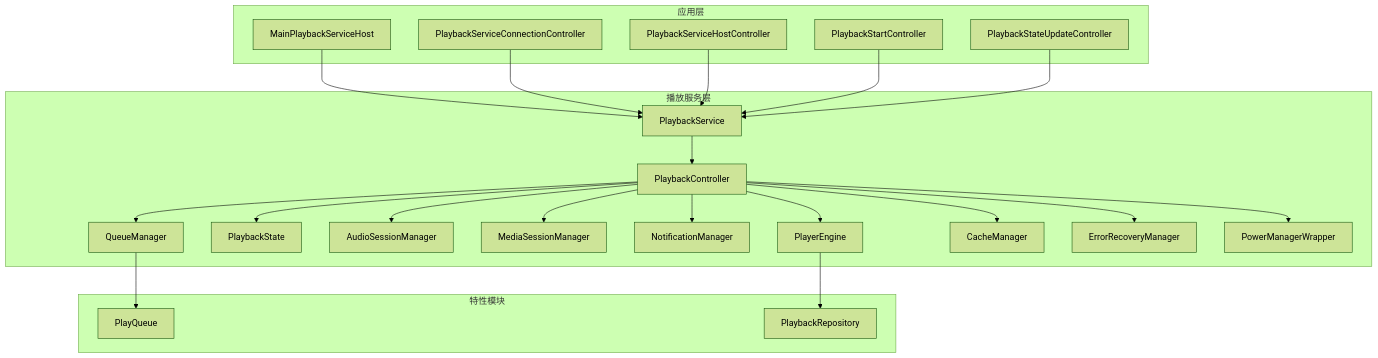
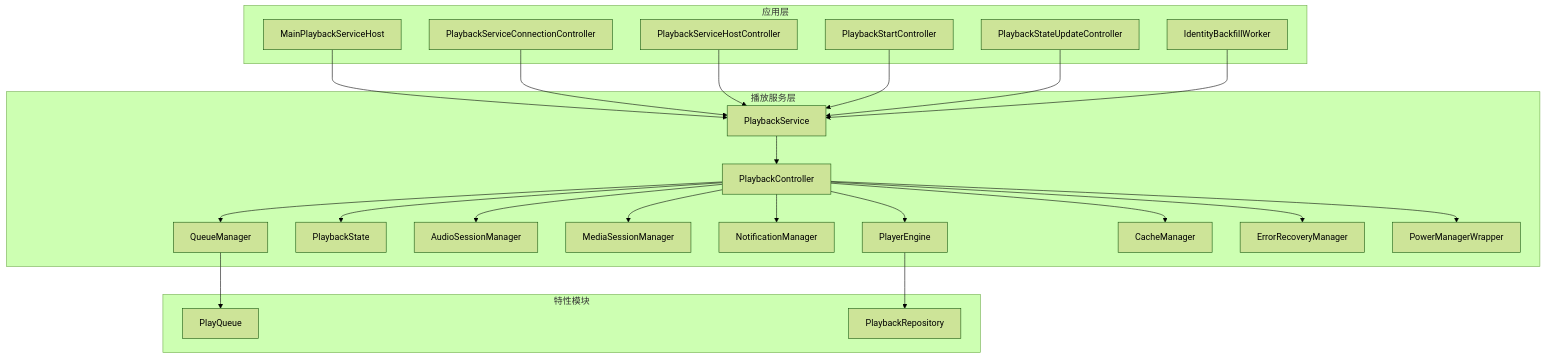
Before and after one commit to ysyhlly/Yukine-android: the first of 7 diagrams in .qoder/repowiki/zh/content/播放系统/播放系统.md, drawn with Mermaid (forest theme). The commit also changed other lines of this file and 158 other files, not shown here.

````diff
--- a/.qoder/repowiki/zh/content/播放系统/播放系统.md
+++ b/.qoder/repowiki/zh/content/播放系统/播放系统.md
@@ -46,44 +57,46 @@
 ```mermaid
 graph TB
 subgraph "应用层"
 MainHost["MainPlaybackServiceHost"]
 ConnCtrl["PlaybackServiceConnectionController"]
 HostCtrl["PlaybackServiceHostController"]
 StartCtrl["PlaybackStartController"]
 StateUpd["PlaybackStateUpdateController"]
+IdentityWorker["IdentityBackfillWorker"]
 end
 subgraph "播放服务层"
 PService["PlaybackService"]
 PController["PlaybackController"]
 QueueMgr["QueueManager"]
 State["PlaybackState"]
 AudioSess["AudioSessionManager"]
 MediaSess["MediaSessionManager"]
 Notify["NotificationManager"]
 PlayerEng["PlayerEngine"]
 CacheMgr["CacheManager"]
 ErrRec["ErrorRecoveryManager"]
 PowerWrap["PowerManagerWrapper"]
 end
 subgraph "特性模块"
 PlayQ["PlayQueue"]
 Repo["PlaybackRepository"]
 end
 MainHost --> PService
 ConnCtrl --> PService
 HostCtrl --> PService
 StartCtrl --> PService
 StateUpd --> PService
+IdentityWorker --> PService
 PService --> PController
 PController --> QueueMgr
 PController --> State
 PController --> PlayerEng
 PController --> CacheMgr
 PController --> ErrRec
 PController --> AudioSess
 PController --> MediaSess
 PController --> Notify
 PController --> PowerWrap
 QueueMgr --> PlayQ
 PlayerEng --> Repo
 ```
````
